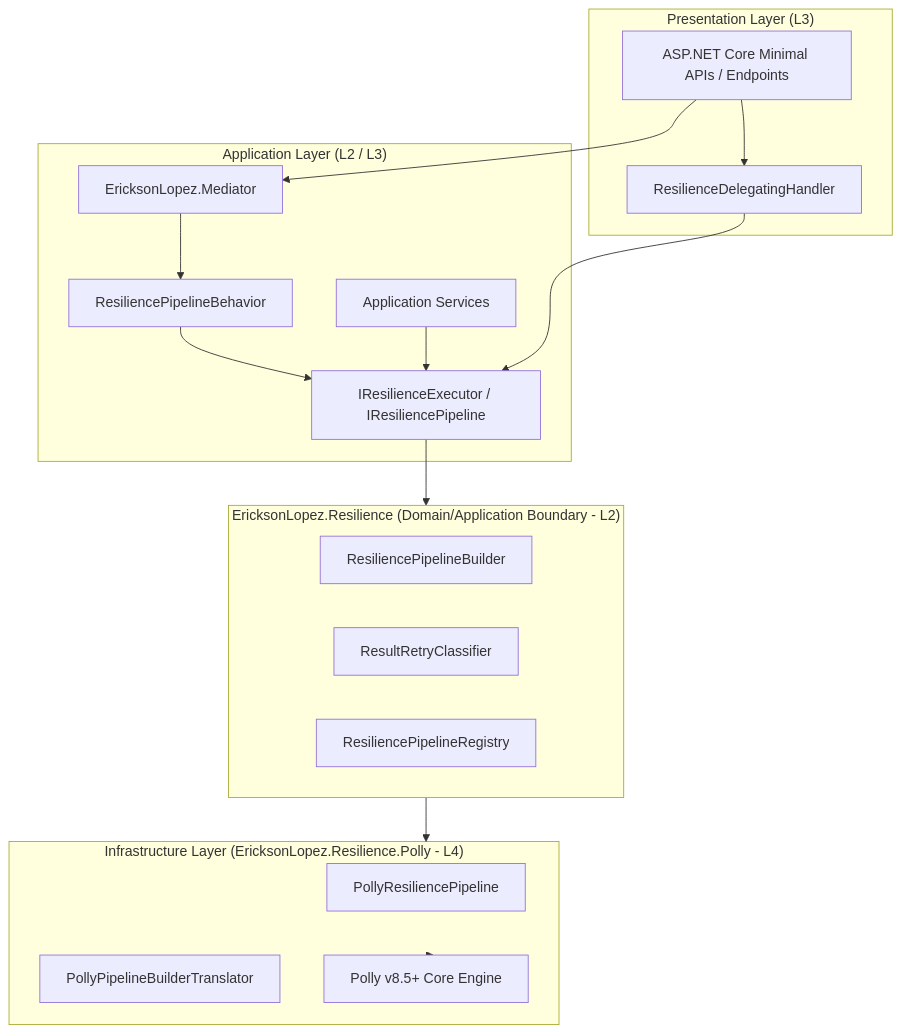
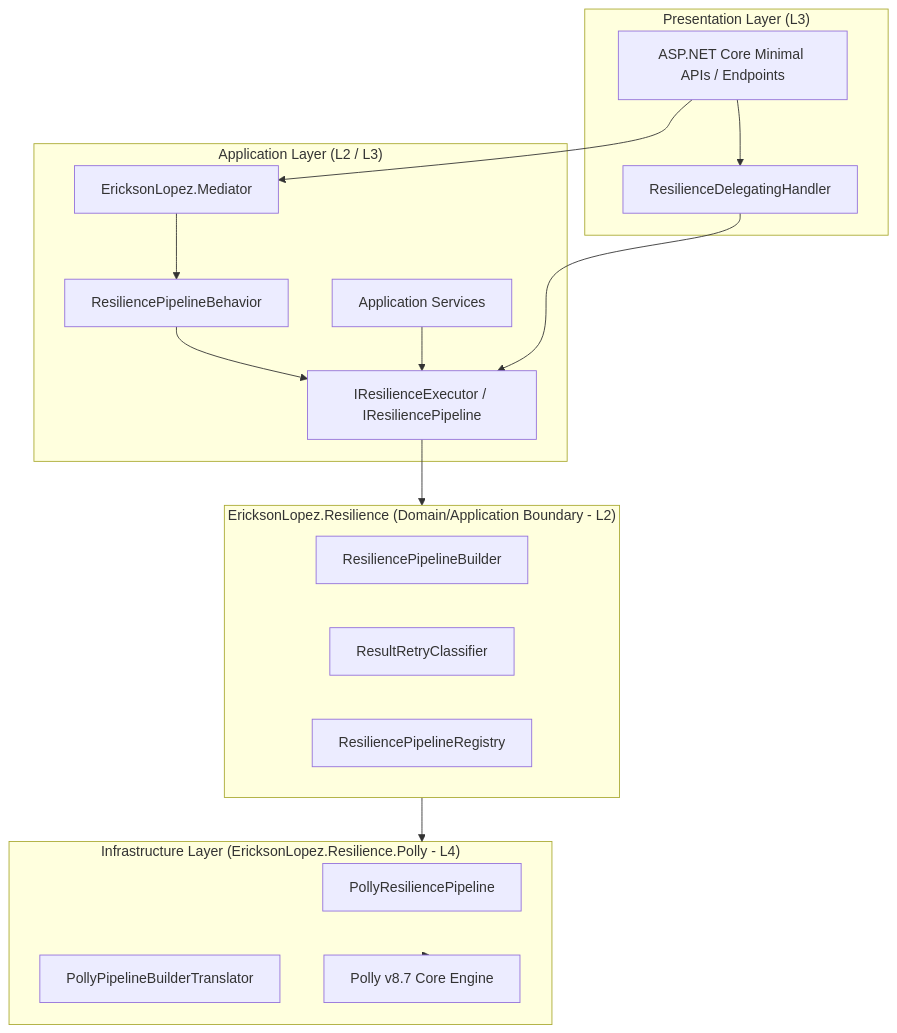
The first of 3 diagrams in README.md (ericksonlopezf/dotnet-resilience), drawn with Mermaid before and after one commit. The commit also changed other lines of this file and 152 other files, not shown here.

````diff
--- a/README.md
+++ b/README.md
@@ -848,36 +872,36 @@
 ```mermaid
 flowchart TD
     subgraph Presentation ["Presentation Layer (L3)"]
         API[ASP.NET Core Minimal APIs / Endpoints]
         DelegatingHandler[ResilienceDelegatingHandler]
     end
 
     subgraph Application ["Application Layer (L2 / L3)"]
         Mediator[EricksonLopez.Mediator]
         PipelineBehavior[ResiliencePipelineBehavior]
         Services[Application Services]
         Abstractions["IResilienceExecutor / IResiliencePipeline"]
     end
 
     subgraph Core ["EricksonLopez.Resilience (Domain/Application Boundary - L2)"]
         Builder[ResiliencePipelineBuilder]
         Classifier[ResultRetryClassifier]
         Registry[ResiliencePipelineRegistry]
     end
 
     subgraph Infrastructure ["Infrastructure Layer (EricksonLopez.Resilience.Polly - L4)"]
         PollyAdapter[PollyResiliencePipeline]
         PollyTranslator[PollyPipelineBuilderTranslator]
-        PollyEngine[Polly v8.5+ Core Engine]
+        PollyEngine[Polly v8.7 Core Engine]
     end
 
     API --> DelegatingHandler
     API --> Mediator
     Mediator --> PipelineBehavior
     PipelineBehavior --> Abstractions
     Services --> Abstractions
     DelegatingHandler --> Abstractions
     Abstractions --> Core
     Core --> Infrastructure
     Infrastructure --> PollyEngine
 ```
````
